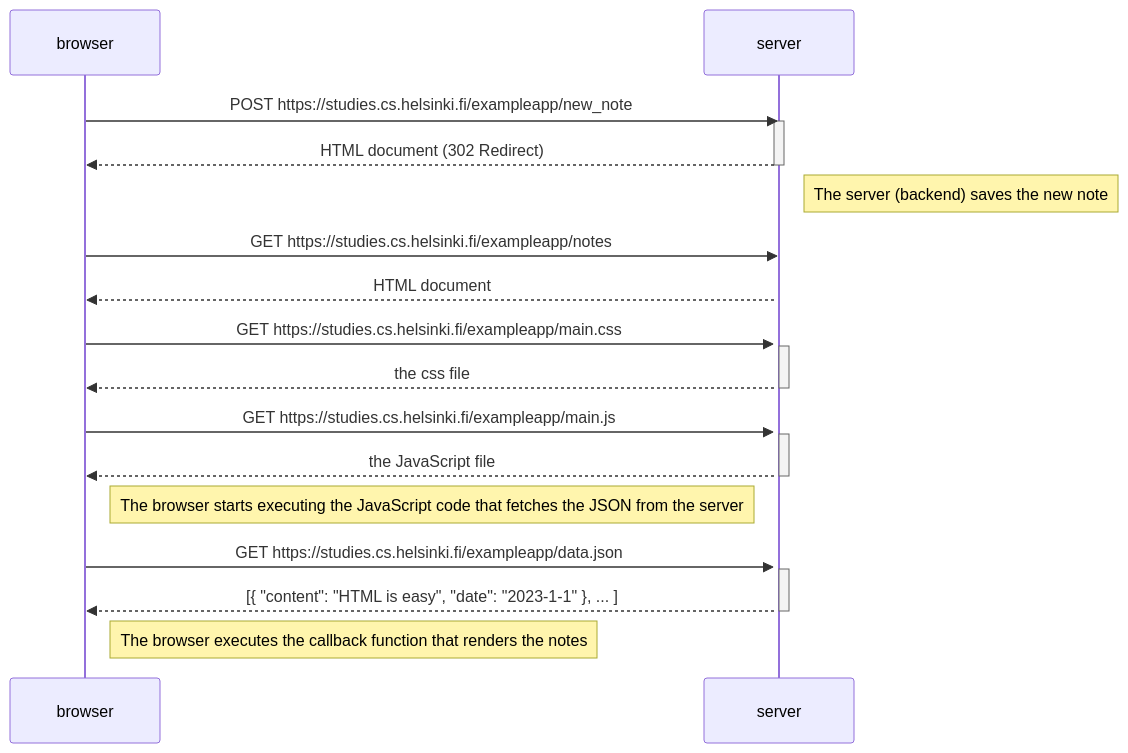
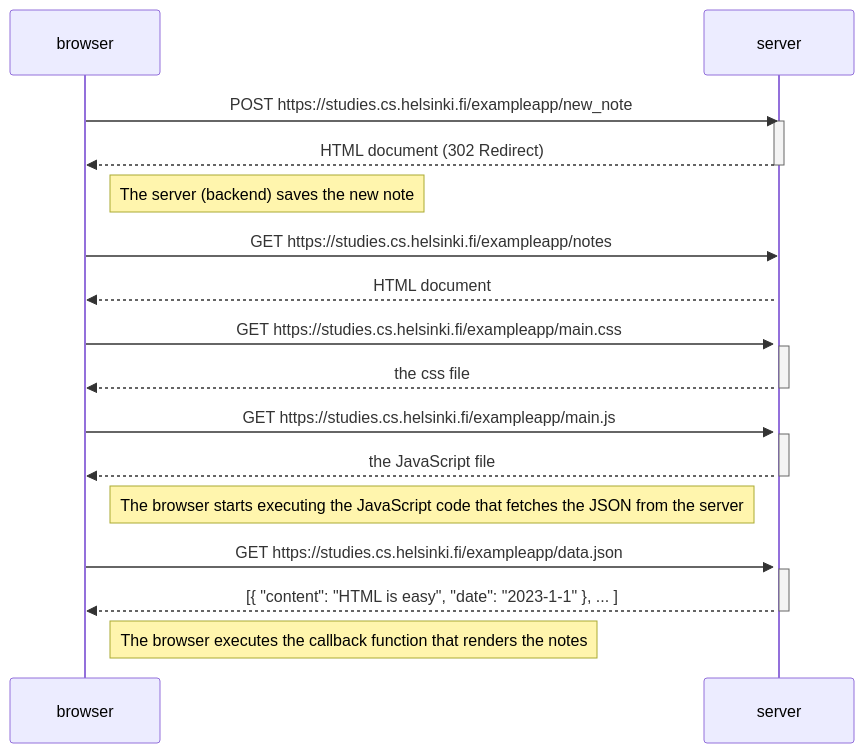
The diagram in part0/4.md (bistik/submissions_fso), drawn with Mermaid before and after one commit.

````diff
--- a/part0/4.md
+++ b/part0/4.md
@@ -1,35 +1,35 @@
 ```mermaid
 sequenceDiagram
 	participant browser
 	participant server
 
 	browser->>server: POST https://studies.cs.helsinki.fi/exampleapp/new_note
 	activate server
 	server-->>browser: HTML document (302 Redirect)
 	deactivate server
 
-	Note right of server: The server (backend) saves the new note
+	Note right of browser: The server (backend) saves the new note
 
 	browser->>server: GET https://studies.cs.helsinki.fi/exampleapp/notes
 	activate server
 	server-->>browser: HTML document
 
 	browser->>server: GET https://studies.cs.helsinki.fi/exampleapp/main.css
  	activate server
   	server-->>browser: the css file
    	deactivate server
 
 	browser->>server: GET https://studies.cs.helsinki.fi/exampleapp/main.js
  	activate server
   	server-->>browser: the JavaScript file
    	deactivate server
 
 	Note right of browser: The browser starts executing the JavaScript code that fetches the JSON from the server
 
 	browser->>server: GET https://studies.cs.helsinki.fi/exampleapp/data.json
 	activate server
 	server-->>browser: [{ "content": "HTML is easy", "date": "2023-1-1" }, ... ]
 	deactivate server
 
 	Note right of browser: The browser executes the callback function that renders the notes
 ```
````
